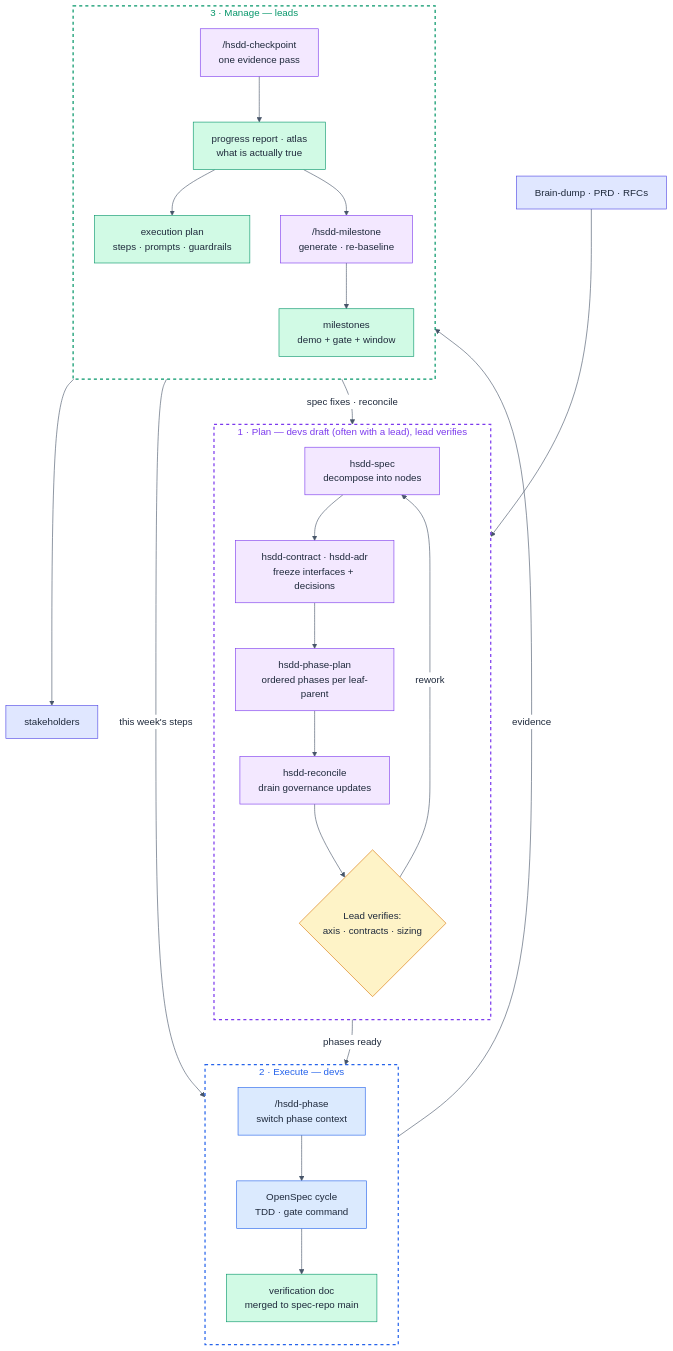
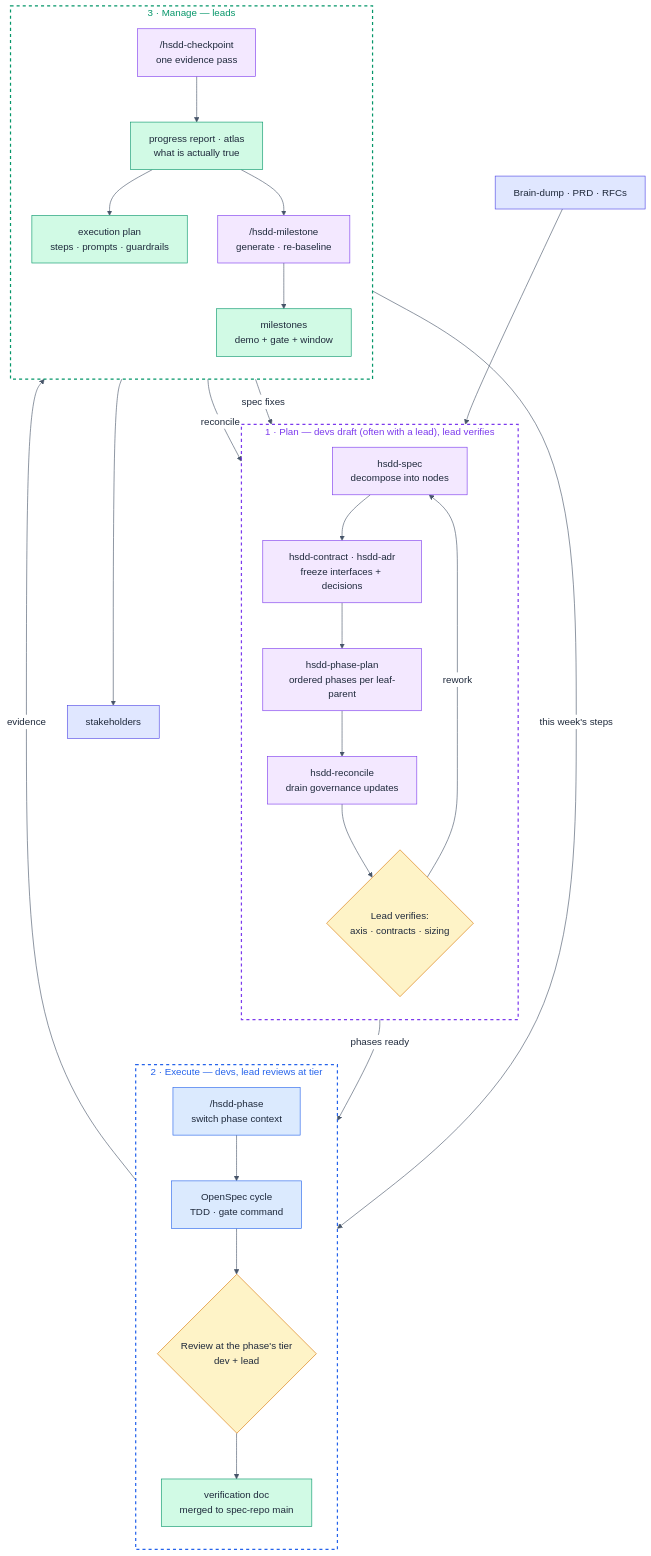
The fifth of 5 diagrams in docs/users-guide.md (mpurbo/hsdd), drawn with Mermaid before and after one commit. The commit also changed other lines of this file and 9 other files, not shown here.

````diff
--- a/docs/users-guide.md
+++ b/docs/users-guide.md
@@ -584,62 +587,65 @@
 ```mermaid
 %%{init:{'theme':'base','themeVariables':{'primaryTextColor':'#1e293b','lineColor':'#475569','edgeLabelBackground':'#ffffff','tertiaryTextColor':'#1e293b'}}}%%
 flowchart TB
     bd["Brain-dump · PRD · RFCs"]
 
     subgraph plan ["1 · Plan — devs draft (often with a lead), lead verifies"]
         direction TB
         spec["hsdd-spec<br/>decompose into nodes"]
         contract["hsdd-contract · hsdd-adr<br/>freeze interfaces + decisions"]
         pplan["hsdd-phase-plan<br/>ordered phases per leaf-parent"]
         rec["hsdd-reconcile<br/>drain governance updates"]
         gate{"Lead verifies:<br/>axis · contracts · sizing"}
         spec --> contract --> pplan --> rec --> gate
         gate -- "rework" --> spec
     end
 
-    subgraph exec ["2 · Execute — devs"]
+    subgraph exec ["2 · Execute — devs, lead reviews at tier"]
         direction TB
         cfg["/hsdd-phase<br/>switch phase context"]
         cyc["OpenSpec cycle<br/>TDD · gate command"]
+        rev{"Review at the phase's tier<br/>dev + lead"}
         ver["verification doc<br/>merged to spec-repo main"]
-        cfg --> cyc --> ver
+        cfg --> cyc --> rev --> ver
     end
 
     subgraph mgmt ["3 · Manage — leads"]
         direction TB
         chk["/hsdd-checkpoint<br/>one evidence pass"]
         prog["progress report · atlas<br/>what is actually true"]
         xplan["execution plan<br/>steps · prompts · guardrails"]
         ms["/hsdd-milestone<br/>generate · re-baseline"]
         msdoc["milestones<br/>demo + gate + window"]
         chk --> prog --> xplan
         prog --> ms --> msdoc
     end
 
     bd --> spec
     gate -- "phases ready" --> cfg
     ver -- "evidence" --> chk
     xplan -- "this week's steps" --> cfg
-    xplan -- "spec fixes · reconcile" --> spec
+    xplan -- "spec fixes" --> spec
+    xplan -- "reconcile" --> rec
     msdoc --> stake["stakeholders"]
 
     style plan fill:none,stroke:#7c3aed,stroke-dasharray: 5 5,stroke-width:2px,color:#7c3aed
     style exec fill:none,stroke:#2563eb,stroke-dasharray: 5 5,stroke-width:2px,color:#2563eb
     style mgmt fill:none,stroke:#059669,stroke-dasharray: 5 5,stroke-width:2px,color:#059669
 
     style bd fill:#e0e7ff,stroke:#4f46e5,color:#1e293b
     style spec fill:#f3e8ff,stroke:#7c3aed,color:#1e293b
     style contract fill:#f3e8ff,stroke:#7c3aed,color:#1e293b
     style pplan fill:#f3e8ff,stroke:#7c3aed,color:#1e293b
     style rec fill:#f3e8ff,stroke:#7c3aed,color:#1e293b
     style gate fill:#fef3c7,stroke:#d97706,color:#1e293b
     style cfg fill:#dbeafe,stroke:#2563eb,color:#1e293b
     style cyc fill:#dbeafe,stroke:#2563eb,color:#1e293b
+    style rev fill:#fef3c7,stroke:#d97706,color:#1e293b
     style ver fill:#d1fae5,stroke:#059669,color:#1e293b
     style chk fill:#f3e8ff,stroke:#7c3aed,color:#1e293b
     style ms fill:#f3e8ff,stroke:#7c3aed,color:#1e293b
     style prog fill:#d1fae5,stroke:#059669,color:#1e293b
     style xplan fill:#d1fae5,stroke:#059669,color:#1e293b
     style msdoc fill:#d1fae5,stroke:#059669,color:#1e293b
     style stake fill:#e0e7ff,stroke:#4f46e5,color:#1e293b
 ```
````
